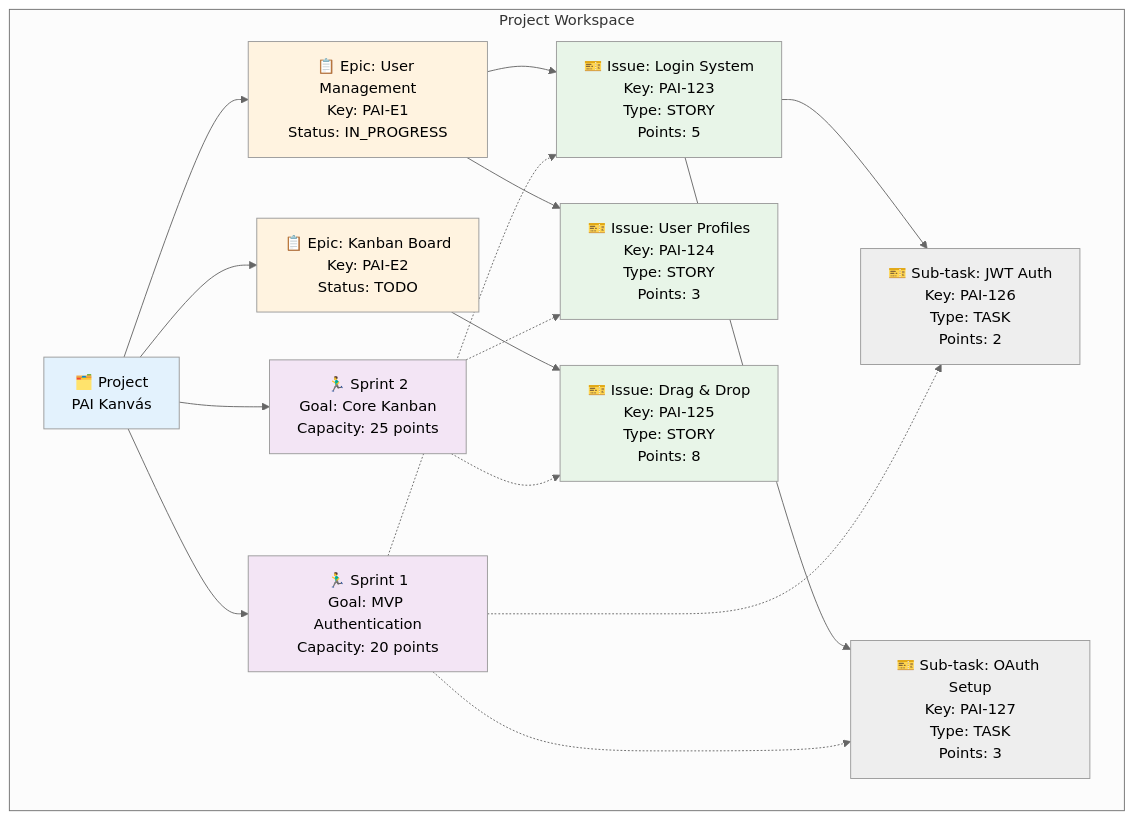
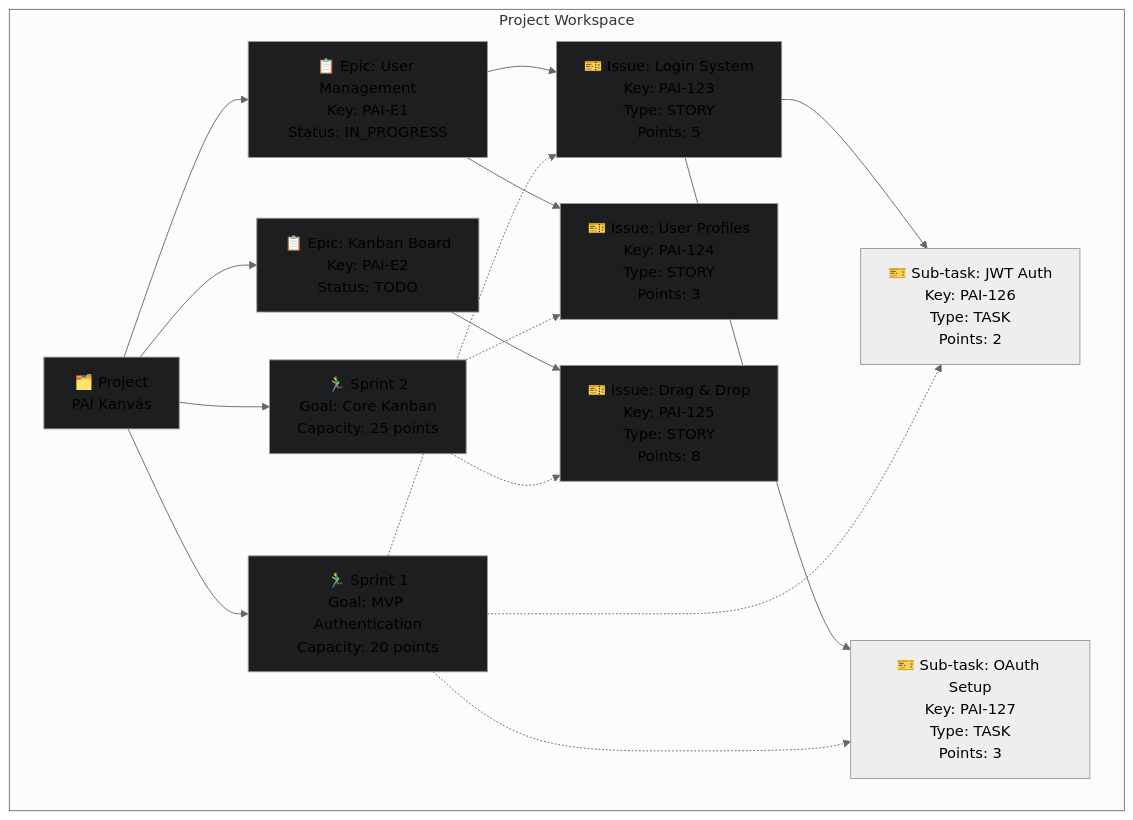
Before and after one commit to devmangel/webapp: the fifth of 16 diagrams in docs/db/README.md, drawn with Mermaid (neutral theme). The commit also changed other lines of this file and 1 other file, not shown here.

````diff
--- a/docs/db/README.md
+++ b/docs/db/README.md
@@ -359,35 +359,35 @@
 ```mermaid
 graph TD
     subgraph "Project Workspace"
         P[🗂️ Project<br/>PAI Kanvás]
         
         P --> E1[📋 Epic: User Management<br/>Key: PAI-E1<br/>Status: IN_PROGRESS]
         P --> E2[📋 Epic: Kanban Board<br/>Key: PAI-E2<br/>Status: TODO]
         
         E1 --> I1[🎫 Issue: Login System<br/>Key: PAI-123<br/>Type: STORY<br/>Points: 5]
         E1 --> I2[🎫 Issue: User Profiles<br/>Key: PAI-124<br/>Type: STORY<br/>Points: 3]
         
         E2 --> I3[🎫 Issue: Drag & Drop<br/>Key: PAI-125<br/>Type: STORY<br/>Points: 8]
         
         I1 --> I1A[🎫 Sub-task: JWT Auth<br/>Key: PAI-126<br/>Type: TASK<br/>Points: 2]
         I1 --> I1B[🎫 Sub-task: OAuth Setup<br/>Key: PAI-127<br/>Type: TASK<br/>Points: 3]
         
         P --> S1[🏃‍♂️ Sprint 1<br/>Goal: MVP Authentication<br/>Capacity: 20 points]
         P --> S2[🏃‍♂️ Sprint 2<br/>Goal: Core Kanban<br/>Capacity: 25 points]
         
         S1 -.-> I1
         S1 -.-> I1A
         S1 -.-> I1B
         S2 -.-> I2
         S2 -.-> I3
     end
     
-    style P fill:#e3f2fd
-    style E1 fill:#fff3e0
-    style E2 fill:#fff3e0
-    style I1 fill:#e8f5e8
-    style I2 fill:#e8f5e8
-    style I3 fill:#e8f5e8
-    style S1 fill:#f3e5f5
-    style S2 fill:#f3e5f5
+    style P fill:#1c1e1f
+    style E1 fill:#1c1e1f
+    style E2 fill:#1c1e1f
+    style I1 fill:#1c1e1f
+    style I2 fill:#1c1e1f
+    style I3 fill:#1c1e1f
+    style S1 fill:#1c1e1f
+    style S2 fill:#1c1e1f
 ```
````
